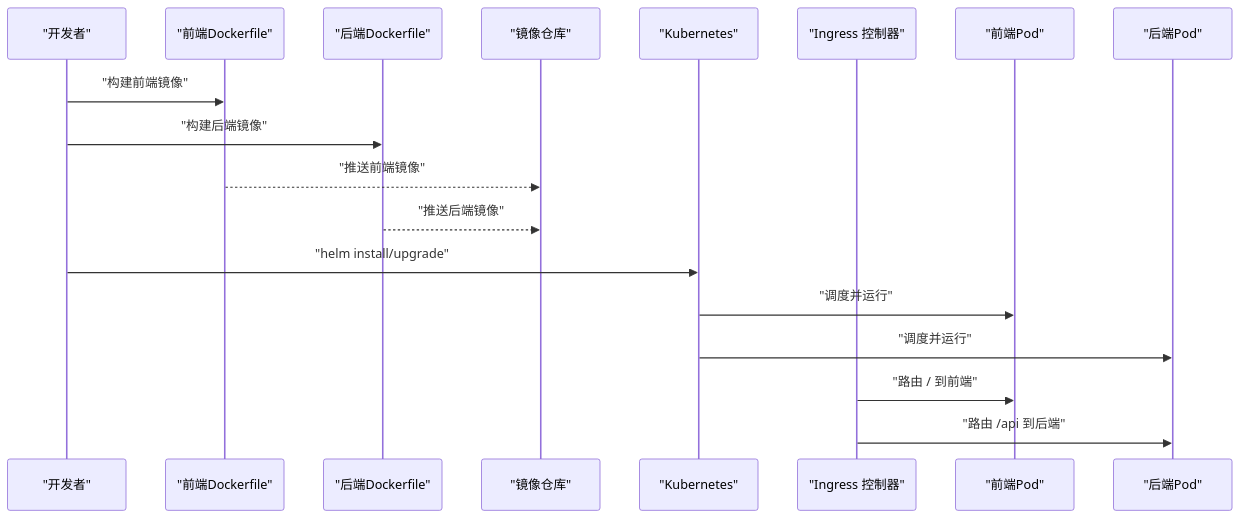
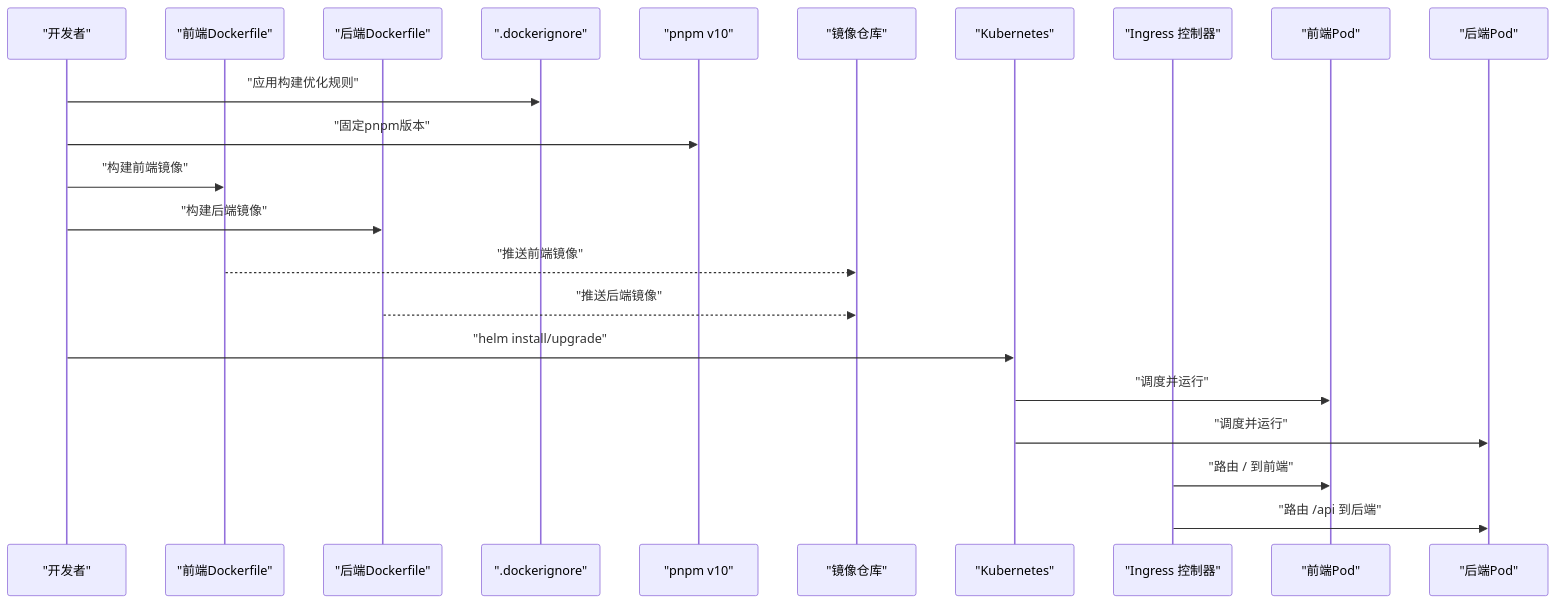
Before and after one commit to RabbitAI-Lab/Sandbox-Manager: the second of 5 diagrams in .qoder/repowiki/zh/content/部署与运维/容器化与Docker.md, drawn with Mermaid. The commit also changed other lines of this file and 11 other files, not shown here.

````diff
--- a/.qoder/repowiki/zh/content/部署与运维/容器化与Docker.md
+++ b/.qoder/repowiki/zh/content/部署与运维/容器化与Docker.md
@@ -95,20 +125,24 @@
 ```mermaid
 sequenceDiagram
 participant Dev as "开发者"
 participant FE_Docker as "前端Dockerfile"
 participant BE_Docker as "后端Dockerfile"
+participant DockerIgnore as ".dockerignore"
+participant PNPM10 as "pnpm v10"
 participant Registry as "镜像仓库"
 participant K8s as "Kubernetes"
 participant Ingress as "Ingress 控制器"
 participant Frontend as "前端Pod"
 participant Backend as "后端Pod"
+Dev->>DockerIgnore : "应用构建优化规则"
+Dev->>PNPM10 : "固定pnpm版本"
 Dev->>FE_Docker : "构建前端镜像"
 Dev->>BE_Docker : "构建后端镜像"
 FE_Docker-->>Registry : "推送前端镜像"
 BE_Docker-->>Registry : "推送后端镜像"
 Dev->>K8s : "helm install/upgrade"
 K8s->>Frontend : "调度并运行"
 K8s->>Backend : "调度并运行"
 Ingress->>Frontend : "路由 / 到前端"
 Ingress->>Backend : "路由 /api 到后端"
 ```
````
